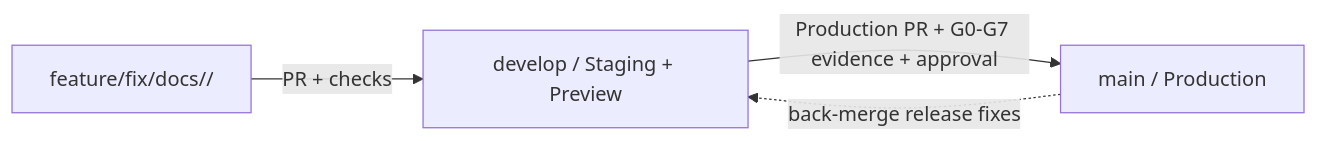
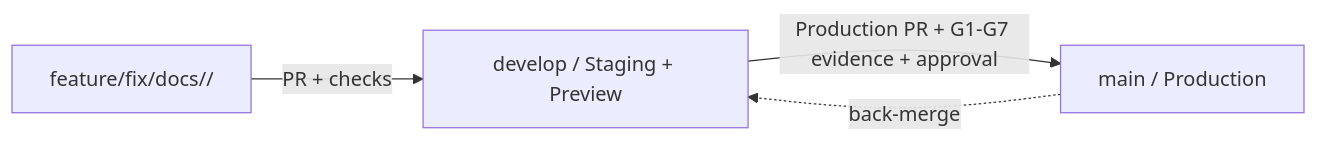
Before and after one commit to Y4NN777/226os: the diagram in docs/GIT_WORKFLOW.md, drawn with Mermaid. The commit also changed other lines of this file and 81 other files, not shown here.

````diff
--- a/docs/GIT_WORKFLOW.md
+++ b/docs/GIT_WORKFLOW.md
@@ -46,6 +25,6 @@
 ```mermaid
 graph LR
   W[feature/fix/docs/<domain>/<name>] -->|PR + checks| D[develop / Staging + Preview]
-  D -->|Production PR + G0-G7 evidence + approval| M[main / Production]
-  M -.->|back-merge release fixes| D
+  D -->|Production PR + G1-G7 evidence + approval| M[main / Production]
+  M -.->|back-merge| D
 ```
````
